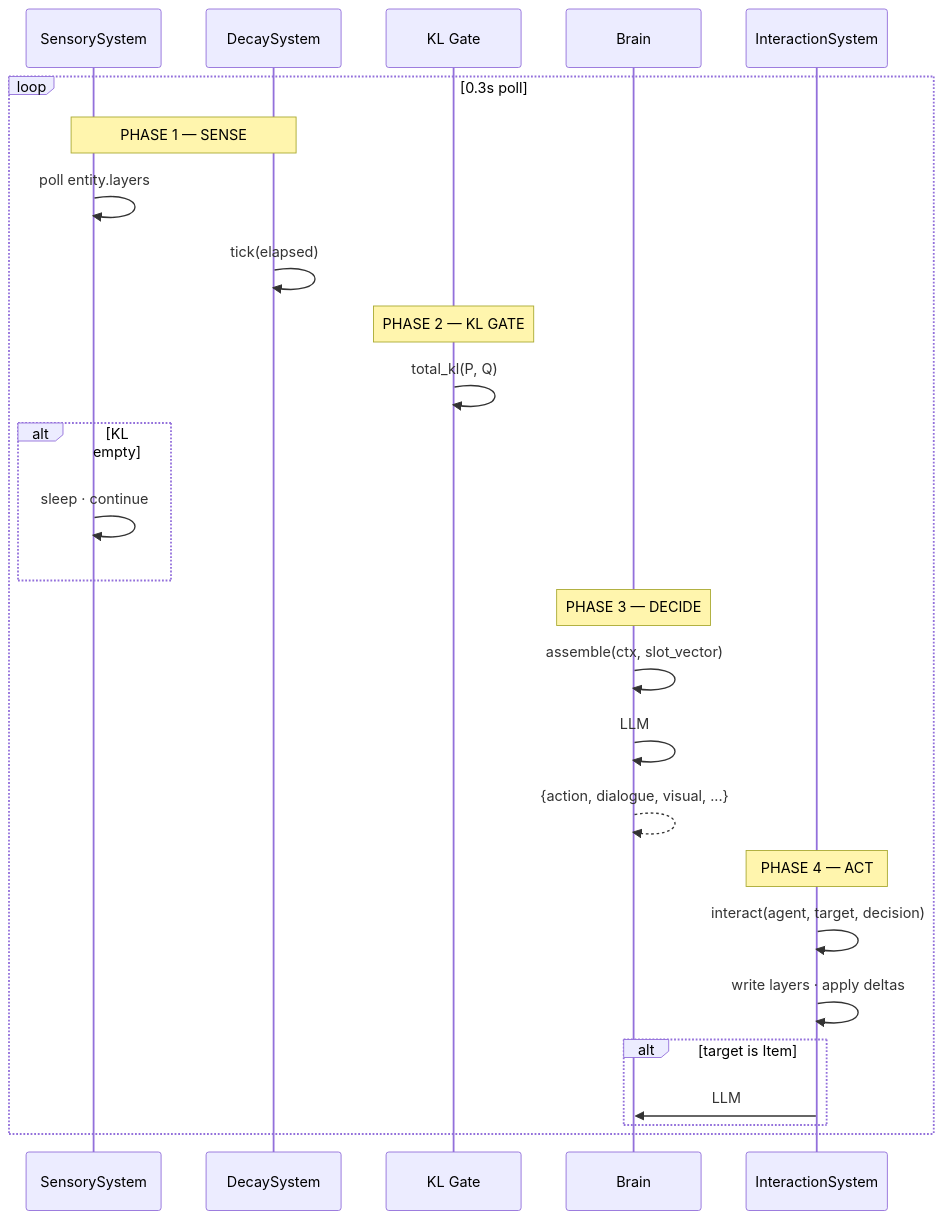
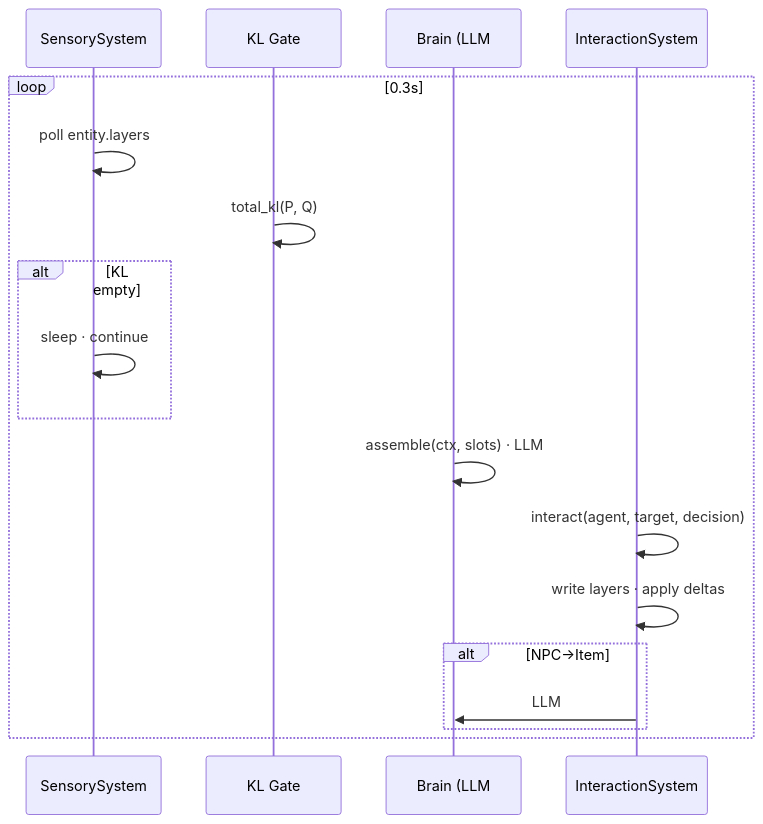
Before and after one commit to flaverse/AgentWorld_Async_UI: the second of 3 diagrams in README.md, drawn with Mermaid. The commit also changed other lines of this file, not shown here.

````diff
--- a/README.md
+++ b/README.md
@@ -140,32 +127,20 @@
 ```mermaid
 sequenceDiagram
     participant S as SensorySystem
-    participant D as DecaySystem
     participant K as KL Gate
-    participant B as Brain
+    participant B as Brain (LLM #1)
     participant I as InteractionSystem
-
-    loop 0.3s poll
-        Note over S,D: PHASE 1 — SENSE
+    loop 0.3s
         S->>S: poll entity.layers
-        D->>D: tick(elapsed)
-
-        Note over K: PHASE 2 — KL GATE
         K->>K: total_kl(P, Q)
         alt KL empty
             S->>S: sleep · continue
         end
-
-        Note over B: PHASE 3 — DECIDE
-        B->>B: assemble(ctx, slot_vector)
-        B->>B: LLM #1
-        B-->>B: {action, dialogue, visual, ...}
-
-        Note over I: PHASE 4 — ACT
+        B->>B: assemble(ctx, slots) · LLM
         I->>I: interact(agent, target, decision)
         I->>I: write layers · apply deltas
-        alt target is Item
+        alt NPC→Item
             I->>B: LLM #2 (narrative)
         end
     end
 ```
````
